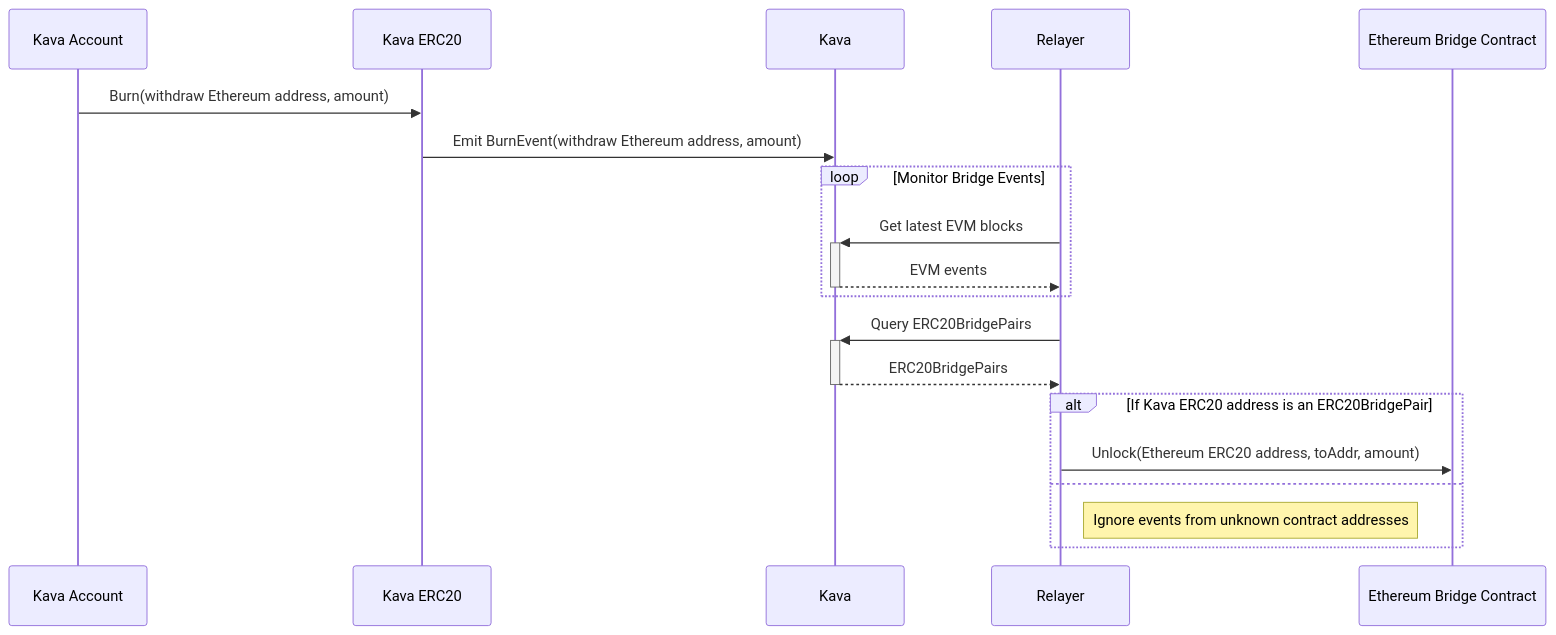
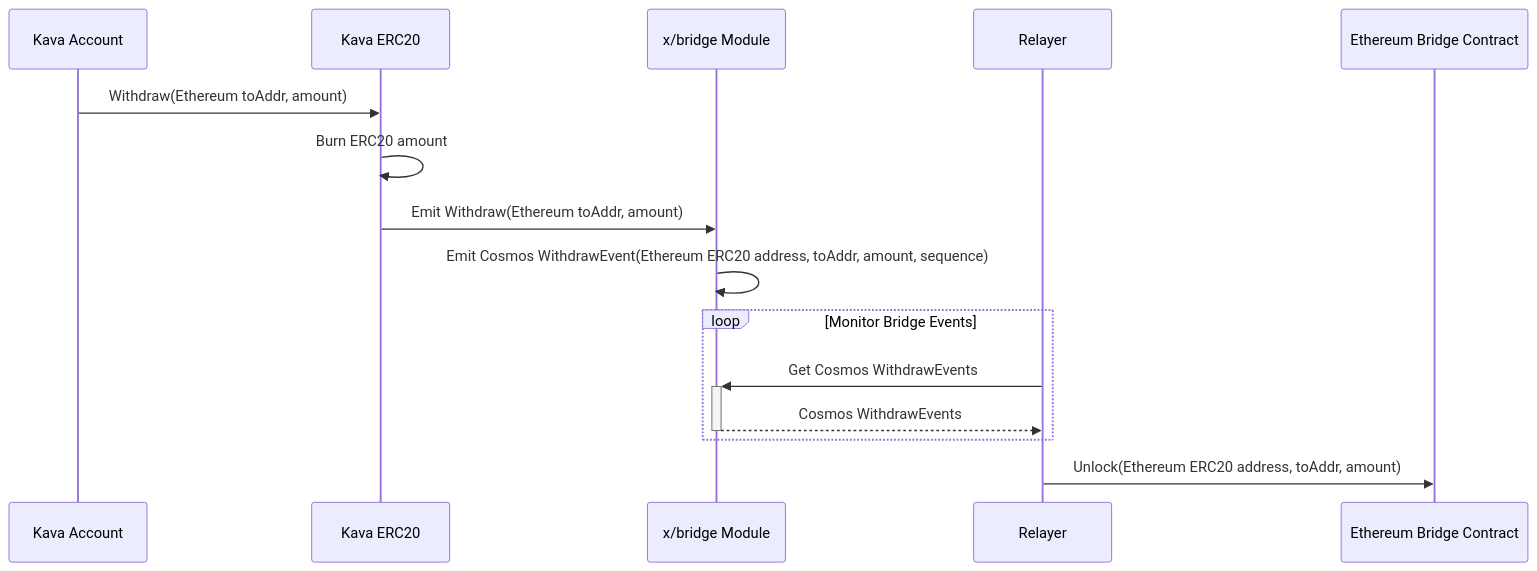
One commit to Kava-Labs/kava-bridge changed the second of 2 diagrams in x/bridge/spec/01_concepts.md. Above: the diagram before and after it, drawn with Mermaid. The commit also changed other lines of this file and 1 other file, not shown here.

Commit message:
Update spec with module sequence

````diff
--- a/x/bridge/spec/01_concepts.md
+++ b/x/bridge/spec/01_concepts.md
@@ -96,23 +107,21 @@
 ```mermaid
 sequenceDiagram
     participant acc as Kava Account
     participant KRC20 as Kava ERC20
-    participant K as Kava
+    participant M as x/bridge Module
     participant R as Relayer
     participant B as Ethereum Bridge Contract
-    acc->>KRC20: Burn(withdraw Ethereum address, amount)
-    KRC20->>K: Emit BurnEvent(withdraw Ethereum address, amount)
+
+    acc->>KRC20: Withdraw(Ethereum toAddr, amount)
+    KRC20->>KRC20: Burn ERC20 amount
+    KRC20->>M: Emit Withdraw(Ethereum toAddr, amount)
+
+    M->>M: Emit Cosmos WithdrawEvent(Ethereum ERC20 address, toAddr, amount, sequence)
 
     loop Monitor Bridge Events
-        R->>+K: Get latest EVM blocks
-        K-->>-R: EVM events
+        R->>+M: Get Cosmos WithdrawEvents
+        M-->>-R: Cosmos WithdrawEvents
     end
 
-    R->>+K: Query ERC20BridgePairs
-    K-->>-R: ERC20BridgePairs
-    alt If Kava ERC20 address is an ERC20BridgePair
-        R->>B: Unlock(Ethereum ERC20 address, toAddr, amount)
-    else
-        Note right of R: Ignore events from unknown contract addresses
-    end
+    R->>B: Unlock(Ethereum ERC20 address, toAddr, amount)
 ```
````
